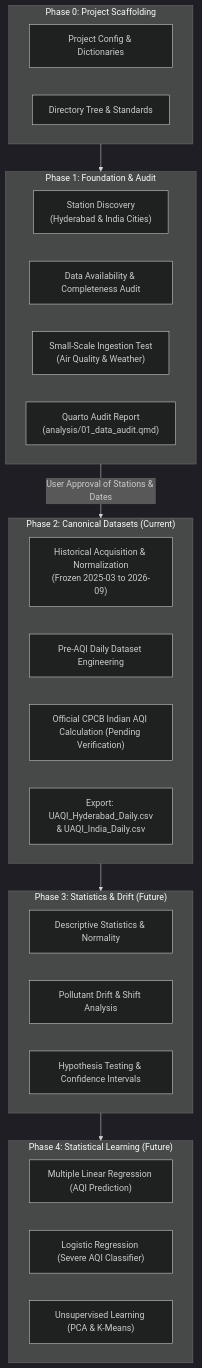
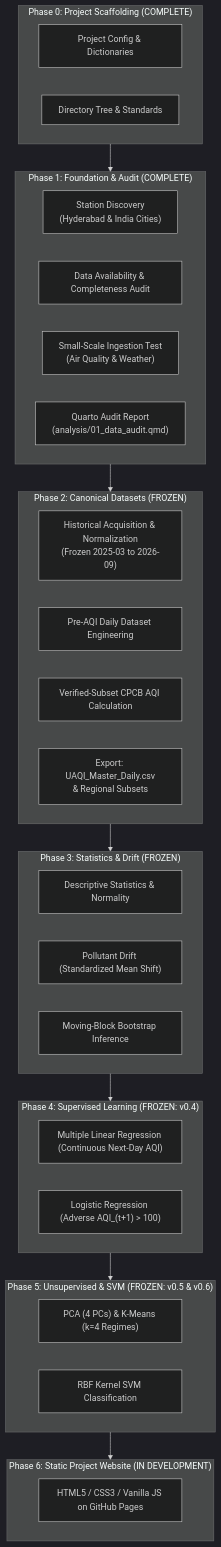
One commit to Code-Crew-Nexus/UrbanAirQualityIndex-PollutantDriftAnalysis changed the diagram in docs/methodology.md. Above: the diagram before and after it, drawn with Mermaid (dark theme). The commit also changed other lines of this file and 100 other files, not shown here.

Commit message:
feat: establish static project website foundation

````diff
--- a/docs/methodology.md
+++ b/docs/methodology.md
@@ -13,38 +13,48 @@
 ```mermaid
 flowchart TD
-    subgraph Phase0 ["Phase 0: Project Scaffolding"]
+    subgraph Phase0 ["Phase 0: Project Scaffolding (COMPLETE)"]
         P0_Cfg["Project Config & Dictionaries"]
         P0_Dir["Directory Tree & Standards"]
     end
 
-    subgraph Phase1 ["Phase 1: Foundation & Audit"]
+    subgraph Phase1 ["Phase 1: Foundation & Audit (COMPLETE)"]
         P1_Disc["Station Discovery\n(Hyderabad & India Cities)"]
         P1_Aud["Data Availability & Completeness Audit"]
         P1_Samp["Small-Scale Ingestion Test\n(Air Quality & Weather)"]
         P1_Rep["Quarto Audit Report\n(analysis/01_data_audit.qmd)"]
     end
 
-    subgraph Phase2 ["Phase 2: Canonical Datasets (Current)"]
+    subgraph Phase2 ["Phase 2: Canonical Datasets (FROZEN)"]
         P2_Hist["Historical Acquisition & Normalization\n(Frozen 2025-03 to 2026-09)"]
         P2_Pre["Pre-AQI Daily Dataset Engineering"]
-        P2_AQI["Official CPCB Indian AQI Calculation (Pending Verification)"]
-        P2_Out["Export: UAQI_Hyderabad_Daily.csv\n& UAQI_India_Daily.csv"]
+        P2_AQI["Verified-Subset CPCB AQI Calculation"]
+        P2_Out["Export: UAQI_Master_Daily.csv\n& Regional Subsets"]
     end
 
-    subgraph Phase3 ["Phase 3: Statistics & Drift (Future)"]
+    subgraph Phase3 ["Phase 3: Statistics & Drift (FROZEN)"]
         P3_EDA["Descriptive Statistics & Normality"]
-        P3_Drift["Pollutant Drift & Shift Analysis"]
-        P3_Hyp["Hypothesis Testing & Confidence Intervals"]
+        P3_Drift["Pollutant Drift (Standardized Mean Shift)"]
+        P3_Hyp["Moving-Block Bootstrap Inference"]
     end
 
-    subgraph Phase4 ["Phase 4: Statistical Learning (Future)"]
-        P4_MLR["Multiple Linear Regression (AQI Prediction)"]
-        P4_Log["Logistic Regression (Severe AQI Classifier)"]
-        P4_Unsup["Unsupervised Learning (PCA & K-Means)"]
+    subgraph Phase4 ["Phase 4: Supervised Learning (FROZEN: v0.4)"]
+        P4_MLR["Multiple Linear Regression (Continuous Next-Day AQI)"]
+        P4_Log["Logistic Regression (Adverse AQI_(t+1) > 100)"]
+    end
+
+    subgraph Phase5 ["Phase 5: Unsupervised & SVM (FROZEN: v0.5 & v0.6)"]
+        P5_Unsup["PCA (4 PCs) & K-Means (k=4 Regimes)"]
+        P5_SVM["RBF Kernel SVM Classification"]
+    end
+
+    subgraph Phase6 ["Phase 6: Static Project Website (IN DEVELOPMENT)"]
+        P6_Web["HTML5 / CSS3 / Vanilla JS on GitHub Pages"]
     end
 
     Phase0 --> Phase1
-    Phase1 -->|User Approval of Stations & Dates| Phase2
+    Phase1 --> Phase2
     Phase2 --> Phase3
     Phase3 --> Phase4
+    Phase4 --> Phase5
+    Phase5 --> Phase6
 ```
````
